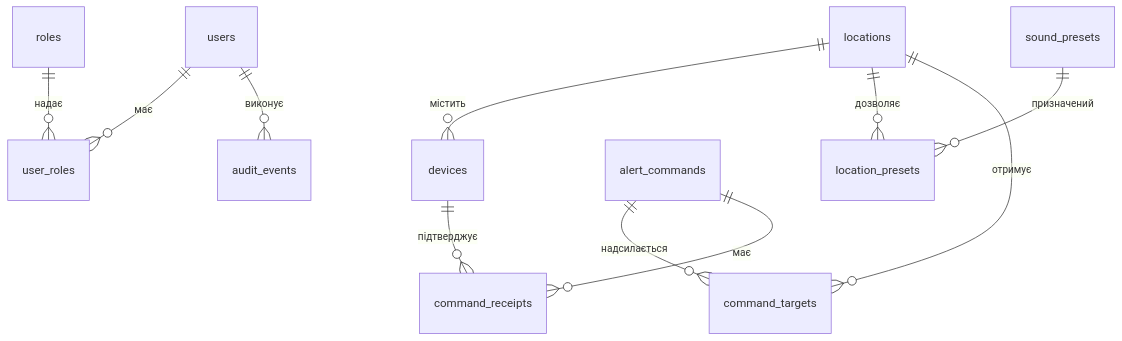
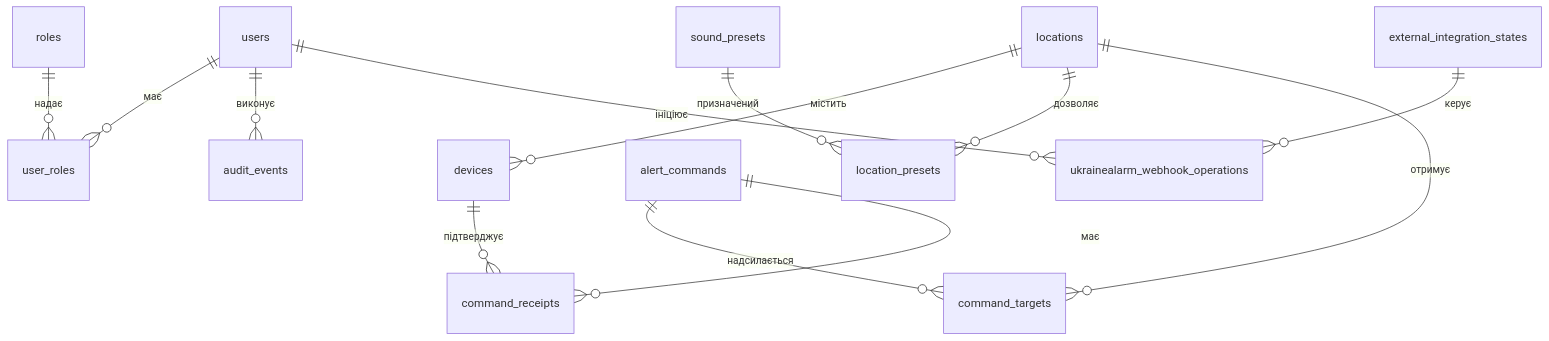
The diagram in docs/database.md (aferapokitaysky/kpk-alert), drawn with Mermaid before and after one commit. The commit also changed other lines of this file and 16 other files, not shown here.

````diff
--- a/docs/database.md
+++ b/docs/database.md
@@ -13,13 +13,15 @@
 ```mermaid
 erDiagram
   users ||--o{ user_roles : має
   roles ||--o{ user_roles : надає
   locations ||--o{ devices : містить
   locations ||--o{ location_presets : дозволяє
   sound_presets ||--o{ location_presets : призначений
   alert_commands ||--o{ command_targets : надсилається
   locations ||--o{ command_targets : отримує
   alert_commands ||--o{ command_receipts : має
   devices ||--o{ command_receipts : підтверджує
   users ||--o{ audit_events : виконує
+  users ||--o{ ukrainealarm_webhook_operations : ініціює
+  external_integration_states ||--o{ ukrainealarm_webhook_operations : керує
 ```
````
